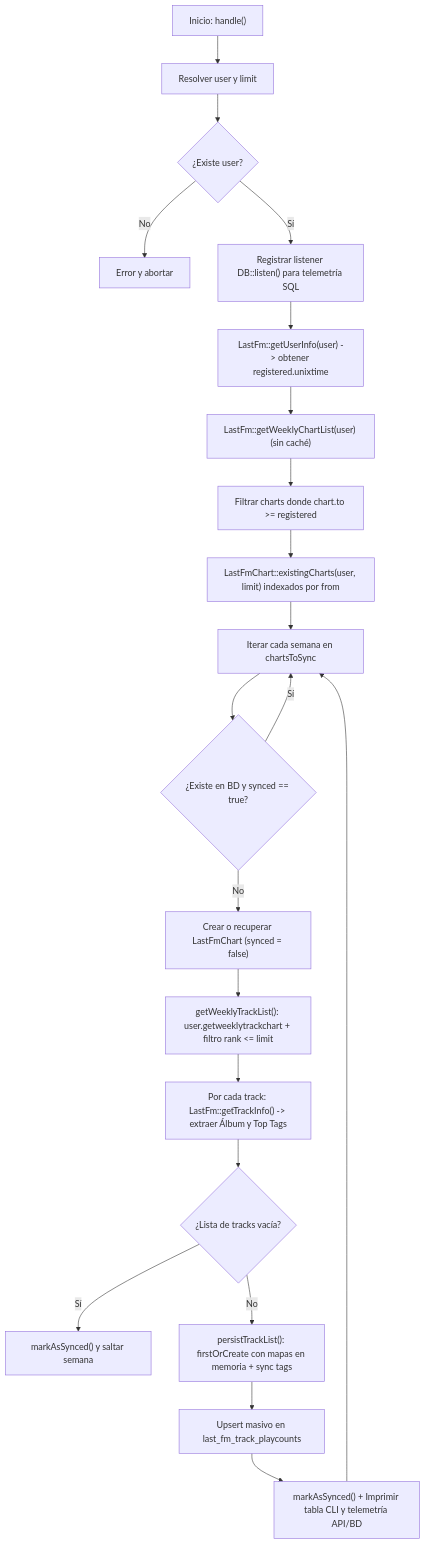
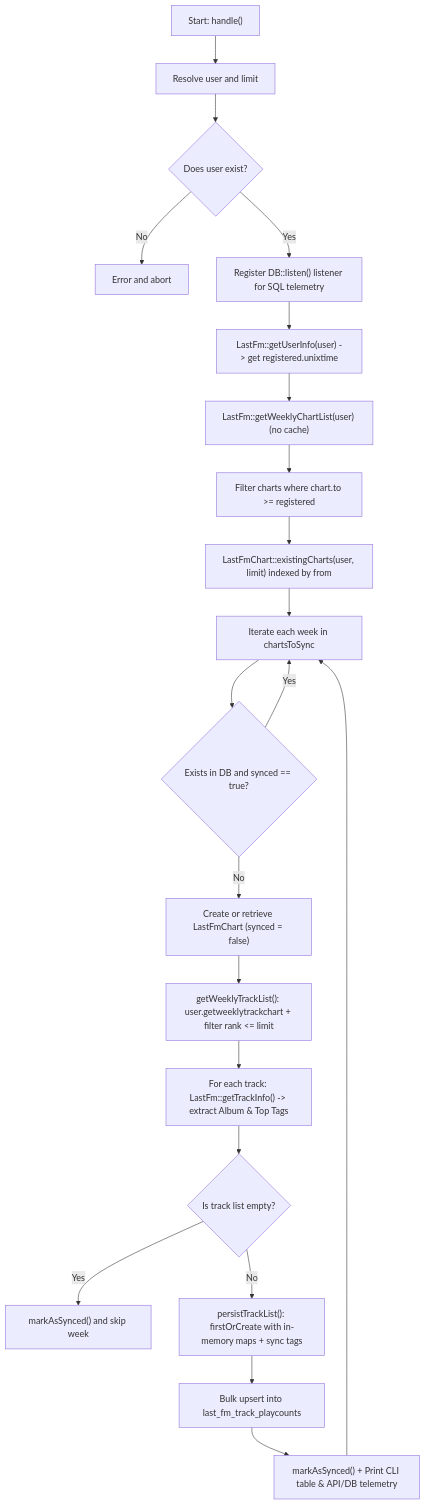
One commit to dfelipegaitanh/lastfm_v3 changed the first of 4 diagrams in README.md. Above: the diagram before and after it, drawn with Mermaid. The commit also changed other lines of this file, not shown here.

````diff
--- a/README.md
+++ b/README.md
@@ -47,23 +47,23 @@
 ```mermaid
 flowchart TD
-    A["Inicio: handle()"] --> B["Resolver user y limit"]
-    B --> C{"¿Existe user?"}
-    C -- No --> D["Error y abortar"]
-    C -- Sí --> E["Registrar listener DB::listen() para telemetría SQL"]
-    E --> F["LastFm::getUserInfo(user) -> obtener registered.unixtime"]
-    F --> G["LastFm::getWeeklyChartList(user) (sin caché)"]
-    G --> H["Filtrar charts donde chart.to >= registered"]
-    H --> I["LastFmChart::existingCharts(user, limit) indexados por from"]
-    I --> J["Iterar cada semana en chartsToSync"]
-    J --> K{"¿Existe en BD y synced == true?"}
-    K -- Sí --> J
-    K -- No --> L["Crear o recuperar LastFmChart (synced = false)"]
-    L --> M["getWeeklyTrackList(): user.getweeklytrackchart + filtro rank <= limit"]
-    M --> N["Por cada track: LastFm::getTrackInfo() -> extraer Álbum y Top Tags"]
-    N --> O{"¿Lista de tracks vacía?"}
-    O -- Sí --> P["markAsSynced() y saltar semana"]
-    O -- No --> Q["persistTrackList(): firstOrCreate con mapas en memoria + sync tags"]
-    Q --> R["Upsert masivo en last_fm_track_playcounts"]
-    R --> S["markAsSynced() + Imprimir tabla CLI y telemetría API/BD"]
+    A["Start: handle()"] --> B["Resolve user and limit"]
+    B --> C{"Does user exist?"}
+    C -- No --> D["Error and abort"]
+    C -- Yes --> E["Register DB::listen() listener for SQL telemetry"]
+    E --> F["LastFm::getUserInfo(user) -> get registered.unixtime"]
+    F --> G["LastFm::getWeeklyChartList(user) (no cache)"]
+    G --> H["Filter charts where chart.to >= registered"]
+    H --> I["LastFmChart::existingCharts(user, limit) indexed by from"]
+    I --> J["Iterate each week in chartsToSync"]
+    J --> K{"Exists in DB and synced == true?"}
+    K -- Yes --> J
+    K -- No --> L["Create or retrieve LastFmChart (synced = false)"]
+    L --> M["getWeeklyTrackList(): user.getweeklytrackchart + filter rank <= limit"]
+    M --> N["For each track: LastFm::getTrackInfo() -> extract Album & Top Tags"]
+    N --> O{"Is track list empty?"}
+    O -- Yes --> P["markAsSynced() and skip week"]
+    O -- No --> Q["persistTrackList(): firstOrCreate with in-memory maps + sync tags"]
+    Q --> R["Bulk upsert into last_fm_track_playcounts"]
+    R --> S["markAsSynced() + Print CLI table & API/DB telemetry"]
     S --> J
 ```
````
